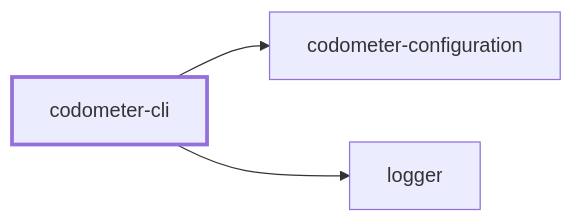
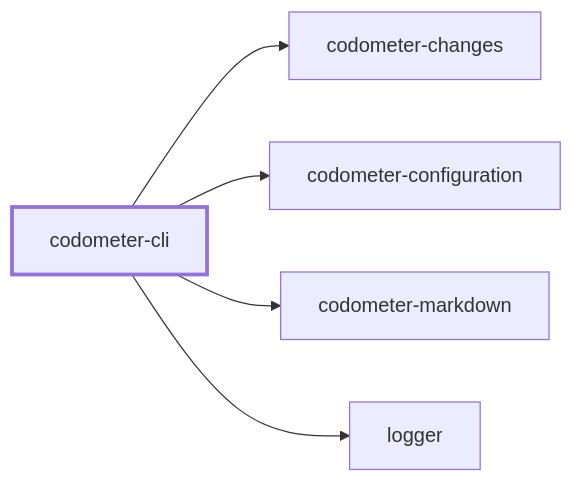
One commit to JimmyPaolini/codebase changed the first of 2 diagrams in packages/codometer-cli/README.md. Above: the diagram before and after it, drawn with Mermaid. The commit also changed other lines of this file and 116 other files, not shown here.

````diff
--- a/packages/codometer-cli/README.md
+++ b/packages/codometer-cli/README.md
@@ -431,10 +431,14 @@
 ```mermaid
 flowchart LR
+  codometer_changes["codometer-changes"]
   codometer_cli["codometer-cli"]
   codometer_configuration["codometer-configuration"]
+  codometer_markdown["codometer-markdown"]
   logger["logger"]
+  codometer_cli --> codometer_changes
   codometer_cli --> codometer_configuration
+  codometer_cli --> codometer_markdown
   codometer_cli --> logger
   classDef subject stroke-width:3px
   class codometer_cli subject
 ```
````
